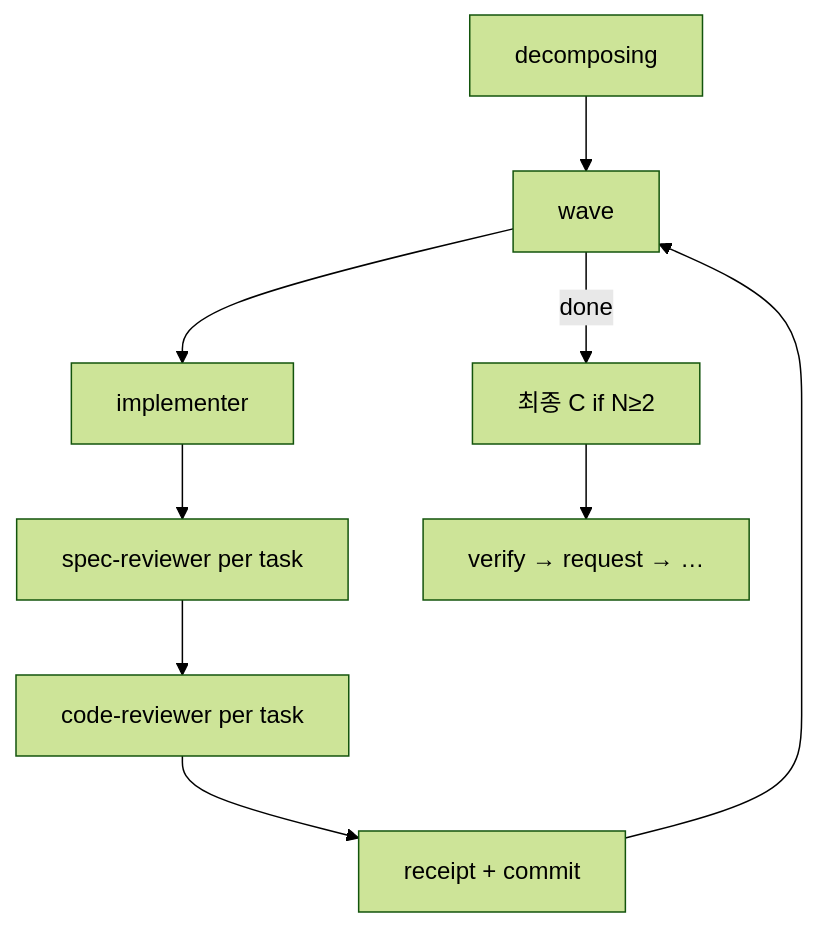
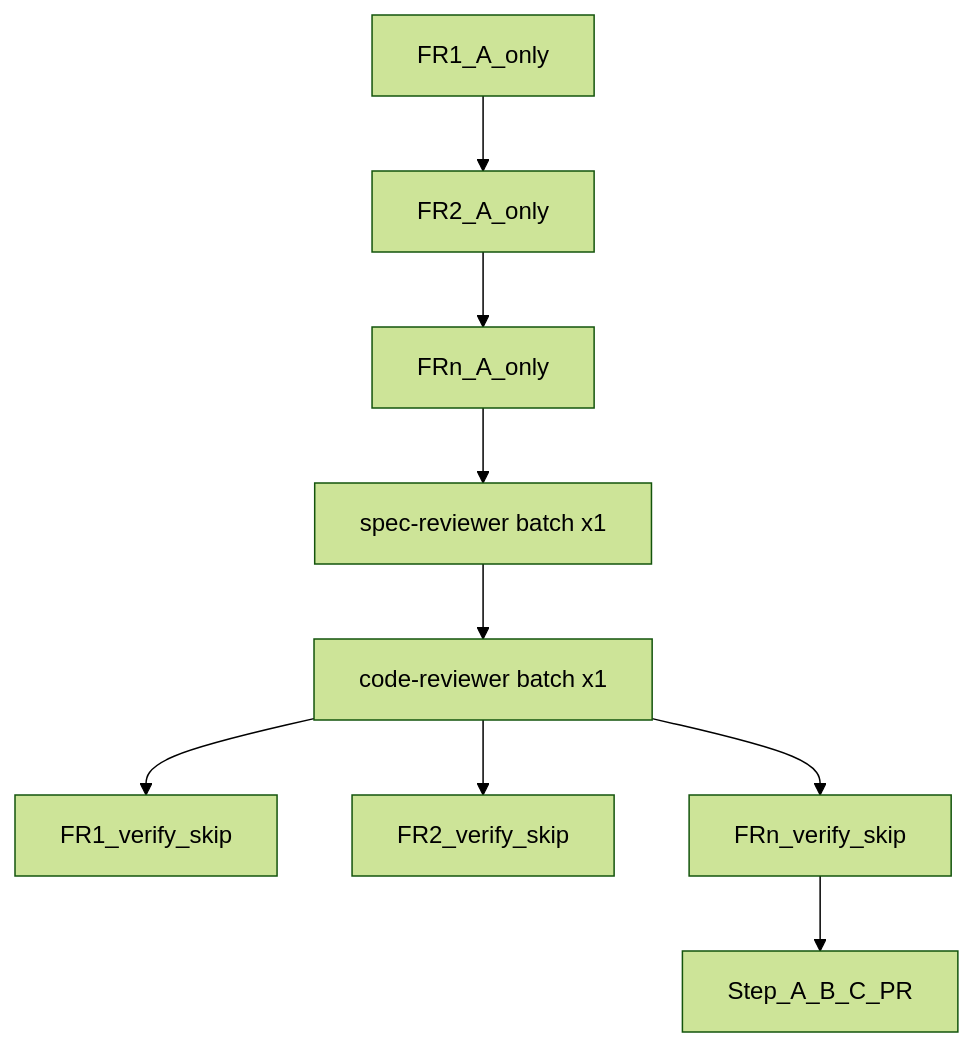
One commit to andyko18/specops-ko changed the second of 2 diagrams in docs/lifecycle-start-end-loaded.md. Above: the diagram before and after it, drawn with Mermaid (forest theme). The commit also changed other lines of this file and 12 other files, not shown here.

````diff
--- a/docs/lifecycle-start-end-loaded.md
+++ b/docs/lifecycle-start-end-loaded.md
@@ -25,11 +27,13 @@
 ```mermaid
 flowchart TD
-  D[decomposing] --> W[wave]
-  W --> A[implementer]
-  A --> B[spec-reviewer per task]
-  B --> C[code-reviewer per task]
-  C --> R[receipt + commit]
-  R --> W
-  W -->|done| F[최종 C if N≥2]
-  F --> V[verify → request → …]
+  a1[FR1_A_only]
+  a2[FR2_A_only]
+  an[FRn_A_only]
+  a1 --> a2 --> an
+  an --> B["spec-reviewer batch x1"]
+  B --> C["code-reviewer batch x1"]
+  C --> v1[FR1_verify_skip]
+  C --> v2[FR2_verify_skip]
+  C --> vn[FRn_verify_skip]
+  vn --> bat[Step_A_B_C_PR]
 ```
````
